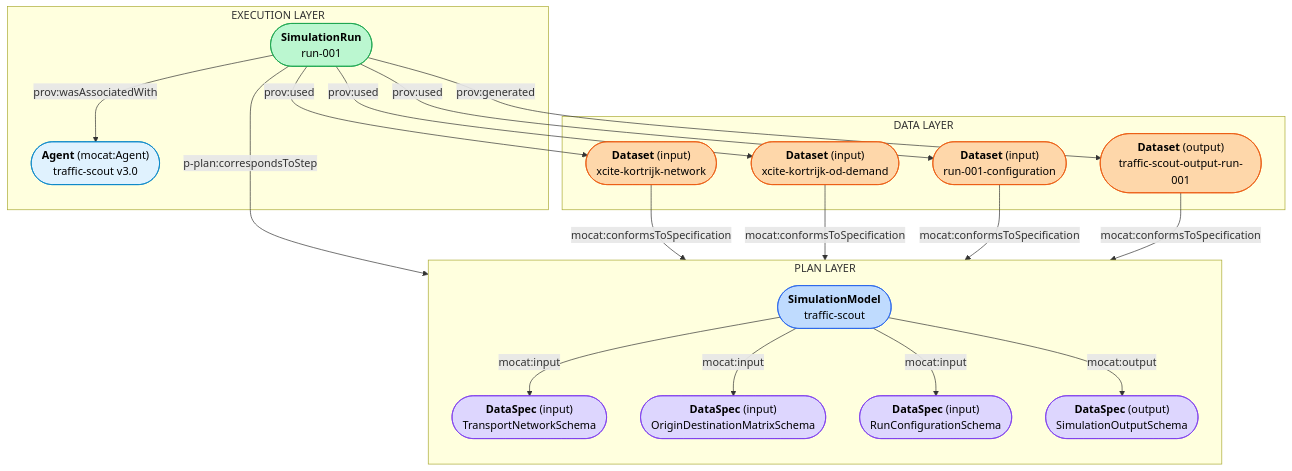
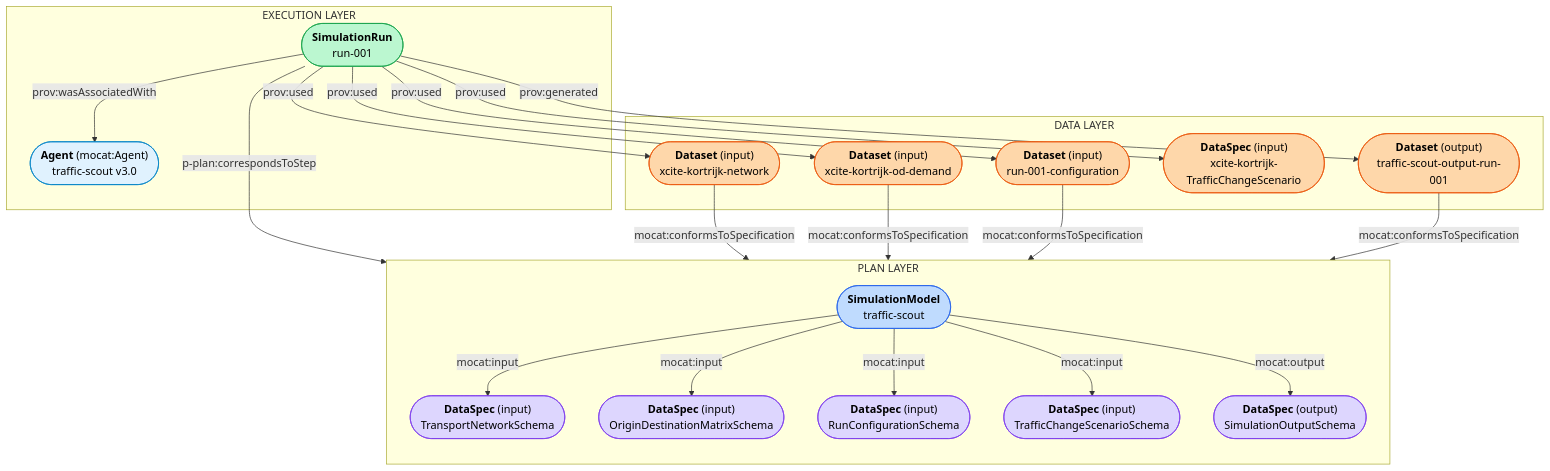
The diagram in mocat-ontology/src/main/resources/examples/Traffic-Scout-end-to-end-scenario.md (milieuinfo/mocat), drawn with Mermaid before and after one commit. The commit also changed other lines of this file and 1 other file, not shown here.

Commit message:
example: address TML feedback

````diff
--- a/mocat-ontology/src/main/resources/examples/Traffic-Scout-end-to-end-scenario.md
+++ b/mocat-ontology/src/main/resources/examples/Traffic-Scout-end-to-end-scenario.md
@@ -18,55 +18,61 @@
 ```mermaid
 flowchart TD
     subgraph PLAN["PLAN LAYER"]
         direction TB
         M(["`**SimulationModel**
         traffic-scout`"]):::plan
         IS(["`**DataSpec** (input)
         TransportNetworkSchema`"]):::spec
         ODIS(["`**DataSpec** (input)
         OriginDestinationMatrixSchema`"]):::spec
         RCIS(["`**DataSpec** (input)
         RunConfigurationSchema`"]):::spec
+        TCSS(["`**DataSpec** (input)
+        TrafficChangeScenarioSchema`"]):::spec
         OS(["`**DataSpec** (output)
         SimulationOutputSchema`"]):::spec
         M -->|mocat:input| IS
         M -->|mocat:input| ODIS
         M -->|mocat:input| RCIS
+        M -->|mocat:input| TCSS
         M -->|mocat:output| OS
     end
 
     subgraph EXEC["EXECUTION LAYER"]
         R(["`**SimulationRun**
         run-001`"]):::run
         A(["`**Agent** (mocat:Agent)
         traffic-scout v3.0`"]):::agent
         R -->|prov:wasAssociatedWith| A
     end
 
     subgraph DATA["DATA LAYER"]
         DI(["`**Dataset** (input)
         xcite-kortrijk-network`"]):::data
         DOD(["`**Dataset** (input)
         xcite-kortrijk-od-demand`"]):::data
         DRC(["`**Dataset** (input)
         run-001-configuration`"]):::data
+        DTCS(["`**DataSpec** (input)
+        xcite-kortrijk-TrafficChangeScenario`"]):::data
         DO(["`**Dataset** (output)
         traffic-scout-output-run-001`"]):::data
     end
 
     R -->|p-plan:correspondsToStep| M
     R -->|prov:used| DI
     R -->|prov:used| DOD
     R -->|prov:used| DRC
+    R -->|prov:used| DTCS
     R -->|prov:generated| DO
     DI -->|mocat:conformsToSpecification| IS
     DOD -->|mocat:conformsToSpecification| ODIS
     DRC -->|mocat:conformsToSpecification| RCIS
     DO -->|mocat:conformsToSpecification| OS
 
     classDef plan   fill:#BFDBFE,stroke:#2563EB,color:#000
     classDef run    fill:#BBF7D0,stroke:#16A34A,color:#000
     classDef data   fill:#FED7AA,stroke:#EA580C,color:#000
     classDef spec   fill:#DDD6FE,stroke:#7C3AED,color:#000
     classDef agent  fill:#E0F2FE,stroke:#0284C7,color:#000
 ```
````
